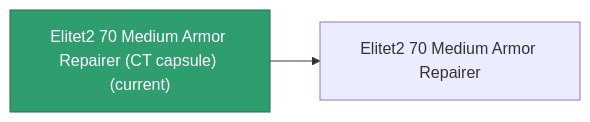
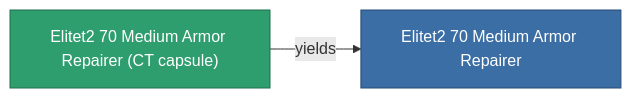
The diagram in content/content/items/elitet2_70_medium_armor_repairer_CT_capsule.md (OpenPerpetuum/Wiki), drawn with Mermaid before and after one commit. The commit also changed other lines of this file and 2015 other files, not shown here.

````diff
--- a/content/content/items/elitet2_70_medium_armor_repairer_CT_capsule.md
+++ b/content/content/items/elitet2_70_medium_armor_repairer_CT_capsule.md
@@ -33,8 +33,9 @@
 ```mermaid
 graph LR
-    a["Elitet2 70 Medium Armor Repairer (CT capsule) (current)"]:::current
-    b["Elitet2 70 Medium Armor Repairer"]
-    a --> b
-    click b "/content/items/elitet2-70-medium-armor-repairer/" "Elitet2 70 Medium Armor Repairer"
+    a["Elitet2 70 Medium Armor Repairer (CT capsule)"]:::current
+    b["Elitet2 70 Medium Armor Repairer"]:::finished
+    a -->|yields| b
+                click b "/content/items/elitet2-70-medium-armor-repairer/" "Elitet2 70 Medium Armor Repairer"
     classDef current fill:#2f9e6f,stroke:#1f6f4a,color:#ffffff
+    classDef finished fill:#3b6ea5,stroke:#274a75,color:#ffffff
 ```
````
